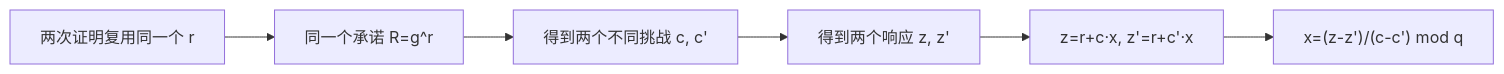
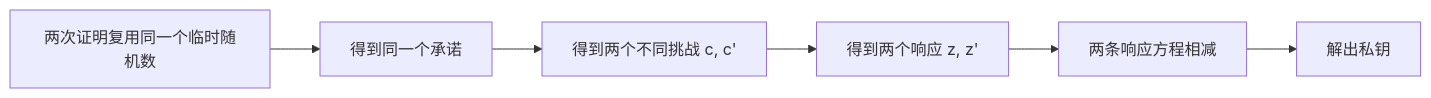
Before and after one commit to 22mouseok-crypto/obsidian-vault: the fourth of 21 diagrams in 大三下/密码协议/密码协议期末复习-Obsidian视觉版.md, drawn with Mermaid. The commit also changed other lines of this file, not shown here.

````diff
--- a/大三下/密码协议/密码协议期末复习-Obsidian视觉版.md
+++ b/大三下/密码协议/密码协议期末复习-Obsidian视觉版.md
@@ -148,8 +199,8 @@
 ```mermaid
 flowchart LR
-    A[两次证明复用同一个 r] --> B[同一个承诺 R=g^r]
+    A[两次证明复用同一个临时随机数] --> B[得到同一个承诺]
     B --> C[得到两个不同挑战 c, c']
     C --> D[得到两个响应 z, z']
-    D --> E["z=r+c·x, z'=r+c'·x"]
-    E --> F["x=(z-z')/(c-c') mod q"]
+    D --> E[两条响应方程相减]
+    E --> F[解出私钥]
 ```
````
